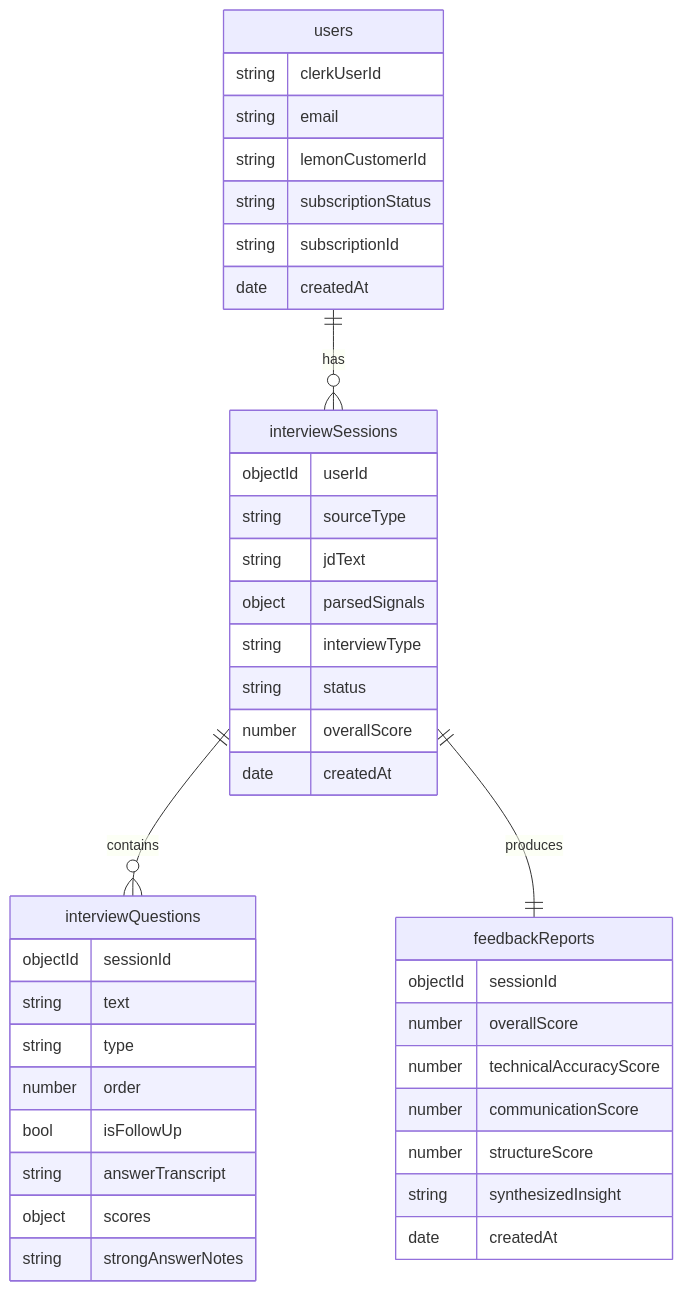
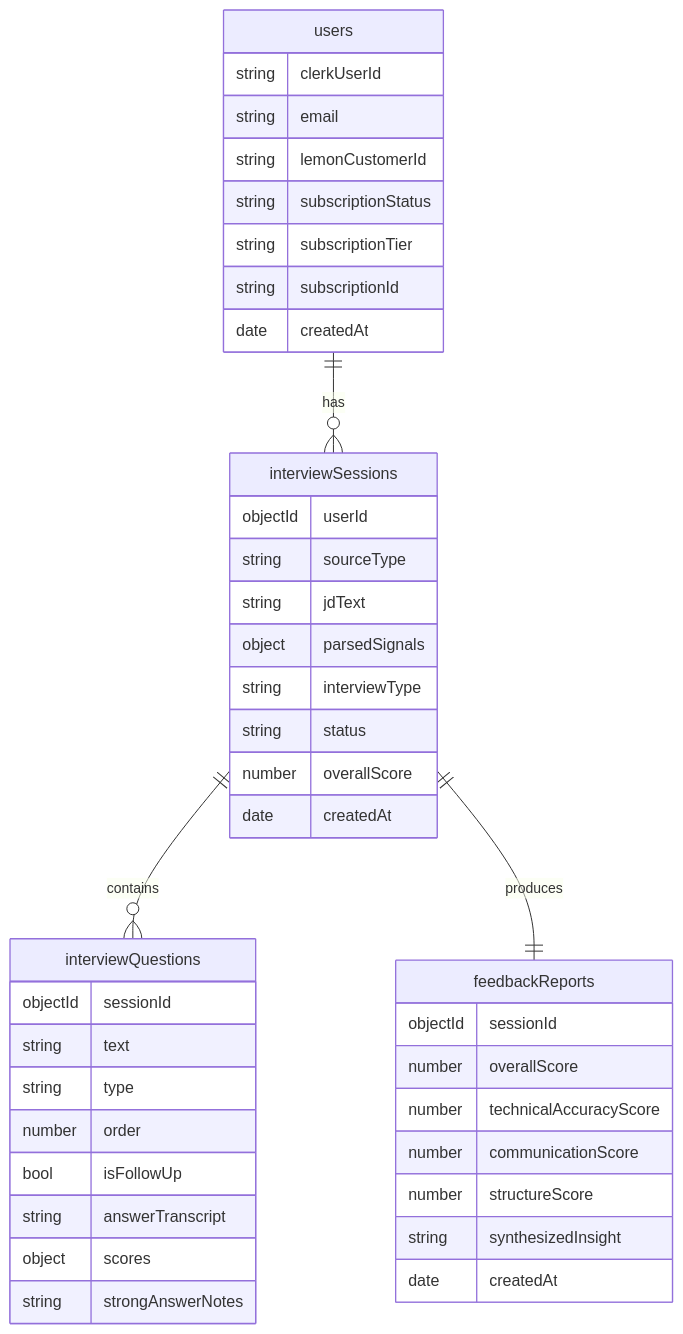
Before and after one commit to JoelAH/ai-mock-interview: the third of 3 diagrams in PLAN.md, drawn with Mermaid. The commit also changed other lines of this file and 16 other files, not shown here.

````diff
--- a/PLAN.md
+++ b/PLAN.md
@@ -124,44 +139,45 @@
 ```mermaid
 erDiagram
     users ||--o{ interviewSessions : has
     interviewSessions ||--o{ interviewQuestions : contains
     interviewSessions ||--|| feedbackReports : produces
 
     users {
         string clerkUserId
         string email
         string lemonCustomerId
         string subscriptionStatus
+        string subscriptionTier
         string subscriptionId
         date   createdAt
     }
     interviewSessions {
         objectId userId
         string   sourceType
         string   jdText
         object   parsedSignals
         string   interviewType
         string   status
         number   overallScore
         date     createdAt
     }
     interviewQuestions {
         objectId sessionId
         string   text
         string   type
         number   order
         bool     isFollowUp
         string   answerTranscript
         object   scores
         string   strongAnswerNotes
     }
     feedbackReports {
         objectId sessionId
         number   overallScore
         number   technicalAccuracyScore
         number   communicationScore
         number   structureScore
         string   synthesizedInsight
         date     createdAt
     }
 ```
````
